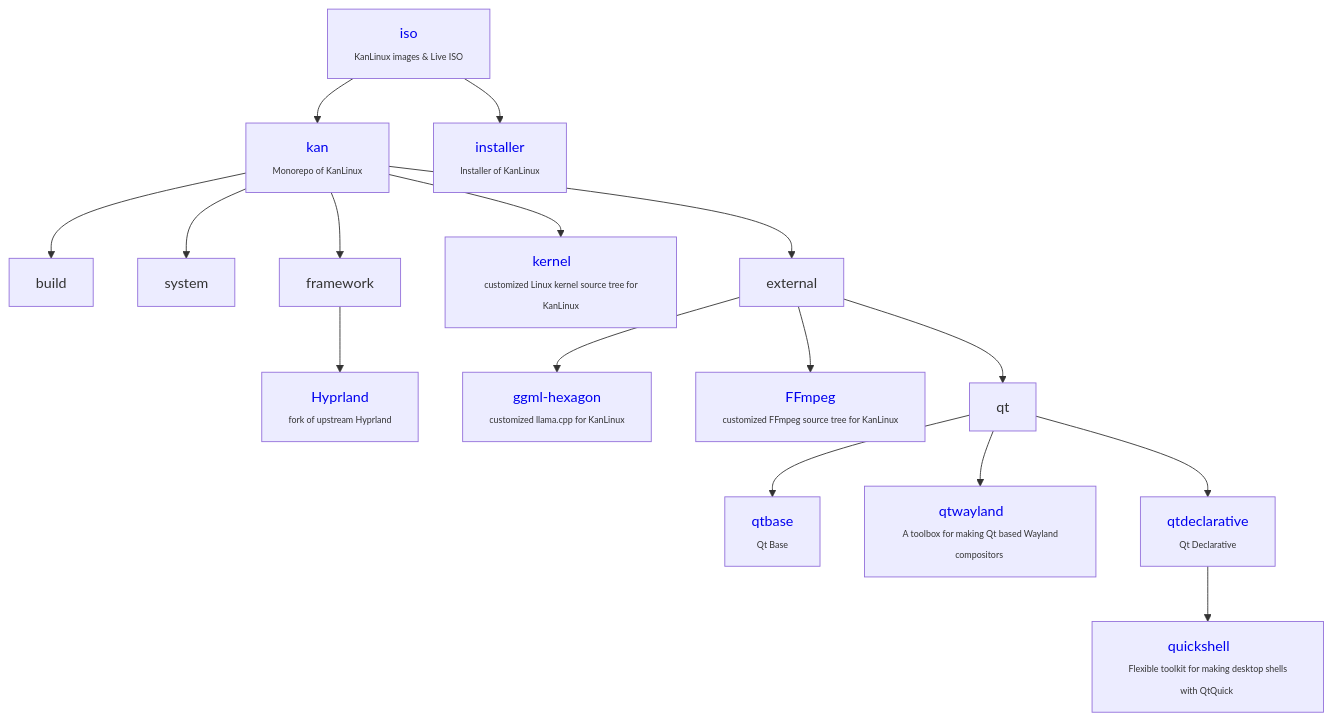
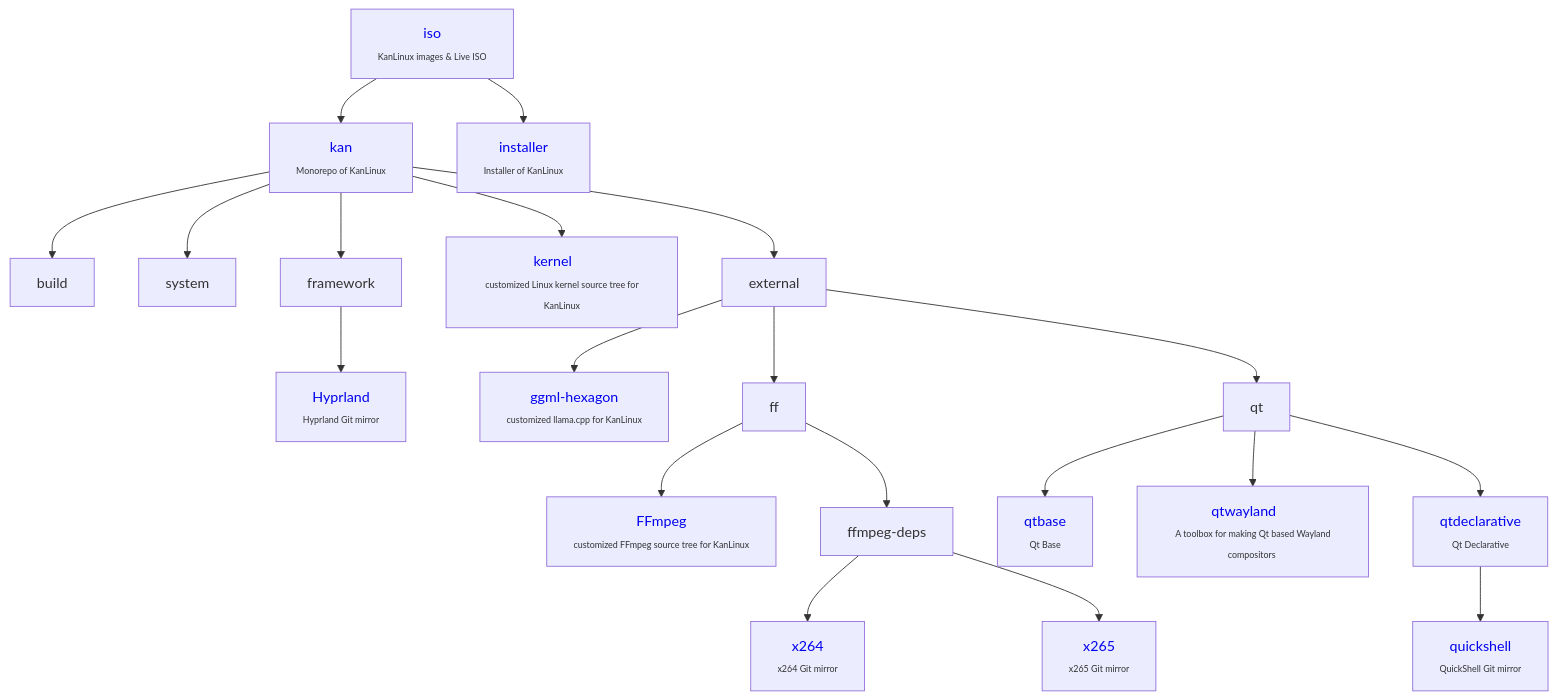
The diagram in profile/README.md (kan-linux/.github), drawn with Mermaid before and after one commit.

Commit message:
Update README.md with links and descriptions

````diff
--- a/profile/README.md
+++ b/profile/README.md
@@ -11,60 +11,70 @@
 ```mermaid
 
 graph TD;
 iso --> kan
 iso --> installer
 
 kan --> build
 kan --> system
 kan --> framework
 
 framework --> Hyprland
 
 kan --> kernel
 kan --> external
 
 external --> ggml-hexagon
-external --> FFmpeg
+external --> ff
+
+ff  --> FFmpeg
+ff  --> ffmpeg-deps
+
+ffmpeg-deps --> x264
+ffmpeg-deps --> x265
+
+
 external --> qt
 
 
 qt --> qtbase
 qt --> qtwayland
 qt --> qtdeclarative
 
 qtdeclarative --> quickshell
 
 
 iso[<a href="https://github.com/kan-linux/iso"                       style="text-decoration:none;">iso</a>            <br><span style="font-size:10px;">KanLinux images & Live ISO</span>];
 kan[<a href="https://github.com/kan-linux/kan"         style="text-decoration:none;">kan</a>     <br><span style="font-size:10px;">Monorepo of KanLinux</span>];
 
 installer[<a href="https://github.com/kan-linux/installer"         style="text-decoration:none;">installer</a>     <br><span style="font-size:10px;">Installer of KanLinux</span>];
 
 
 
 kernel[<a href="https://github.com/kan-linux/kernel"         style="text-decoration:none;">kernel</a>     <br><span style="font-size:10px;"> customized Linux kernel source tree for KanLinux</span>];
 
 
 ggml-hexagon[<a href="https://github.com/kan-linux/ggml-hexagon/discussions/84"         style="text-decoration:none;">ggml-hexagon</a>     <br><span style="font-size:10px;"> customized llama.cpp for KanLinux</span>];
 
 
 
 FFmpeg[<a href="https://github.com/kan-linux/ffmpeg"         style="text-decoration:none;">FFmpeg</a>     <br><span style="font-size:10px;"> customized FFmpeg source tree for KanLinux</span>];
 
+x264[<a href="https://github.com/kan-linux/x264"         style="text-decoration:none;">x264</a>     <br><span style="font-size:10px;"> x264 Git mirror </span>];
+x265[<a href="https://github.com/kan-linux/x265"         style="text-decoration:none;">x265</a>     <br><span style="font-size:10px;"> x265 Git mirror </span>];
 
-Hyprland[<a href="https://github.com/kan-linux/Hyprland"         style="text-decoration:none;">Hyprland</a>     <br><span style="font-size:10px;"> fork of upstream Hyprland </span>];
+Hyprland[<a href="https://github.com/kan-linux/Hyprland"         style="text-decoration:none;">Hyprland</a>     <br><span style="font-size:10px;"> Hyprland Git mirror </span>];
 
 
 qtbase[<a href="https://github.com/kan-linux/qtbase"         style="text-decoration:none;">qtbase</a>     <br><span style="font-size:10px;"> Qt Base </span>];
 
 
 
 qtwayland[<a href="https://github.com/kan-linux/qtwayland"         style="text-decoration:none;">qtwayland</a>     <br><span style="font-size:10px;"> A toolbox for making Qt based Wayland compositors </span>];
 
 qtdeclarative[<a href="https://github.com/kan-linux/qtdeclarative"         style="text-decoration:none;">qtdeclarative</a>     <br><span style="font-size:10px;"> Qt Declarative </span>];
 
 
 
-quickshell[<a href="https://github.com/kan-linux/quickshell"         style="text-decoration:none;">quickshell</a>     <br><span style="font-size:10px;"> Flexible toolkit for making desktop shells with QtQuick </span>];
+quickshell[<a href="https://github.com/kan-linux/quickshell"         style="text-decoration:none;">quickshell</a>     <br><span style="font-size:10px;"> QuickShell Git mirror</span>];
 
 ```
````
